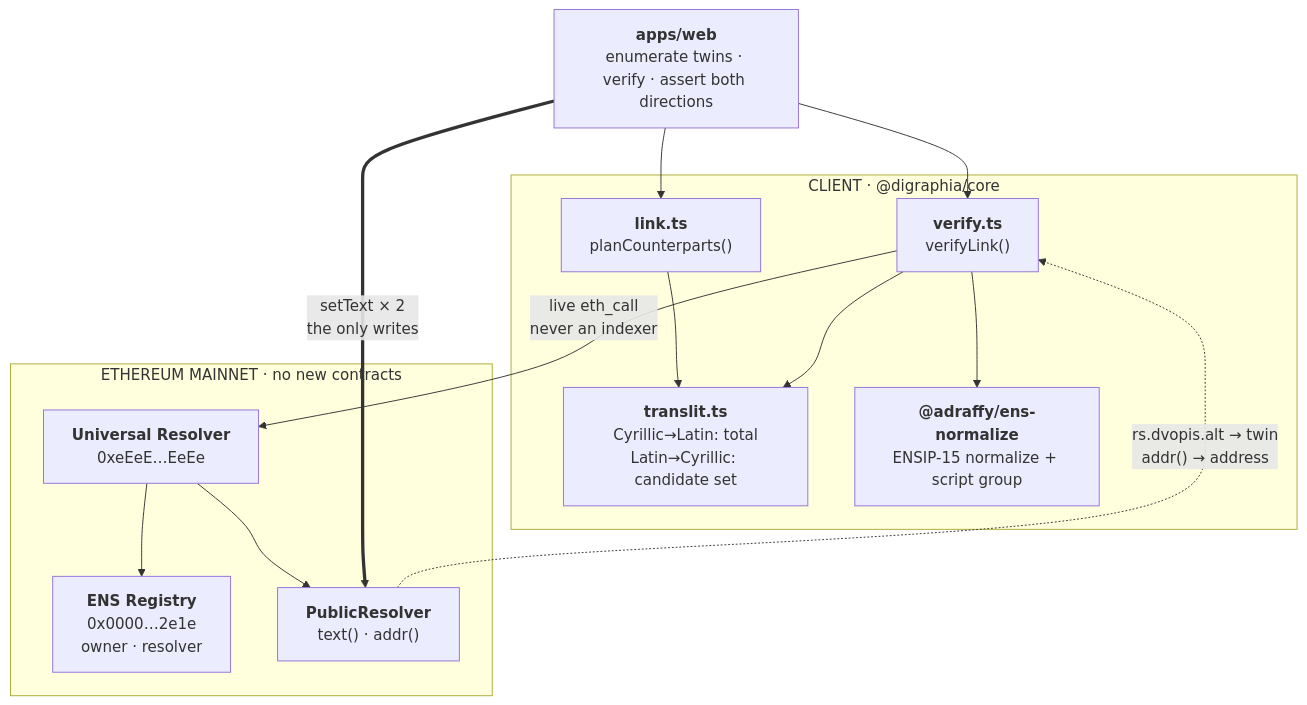
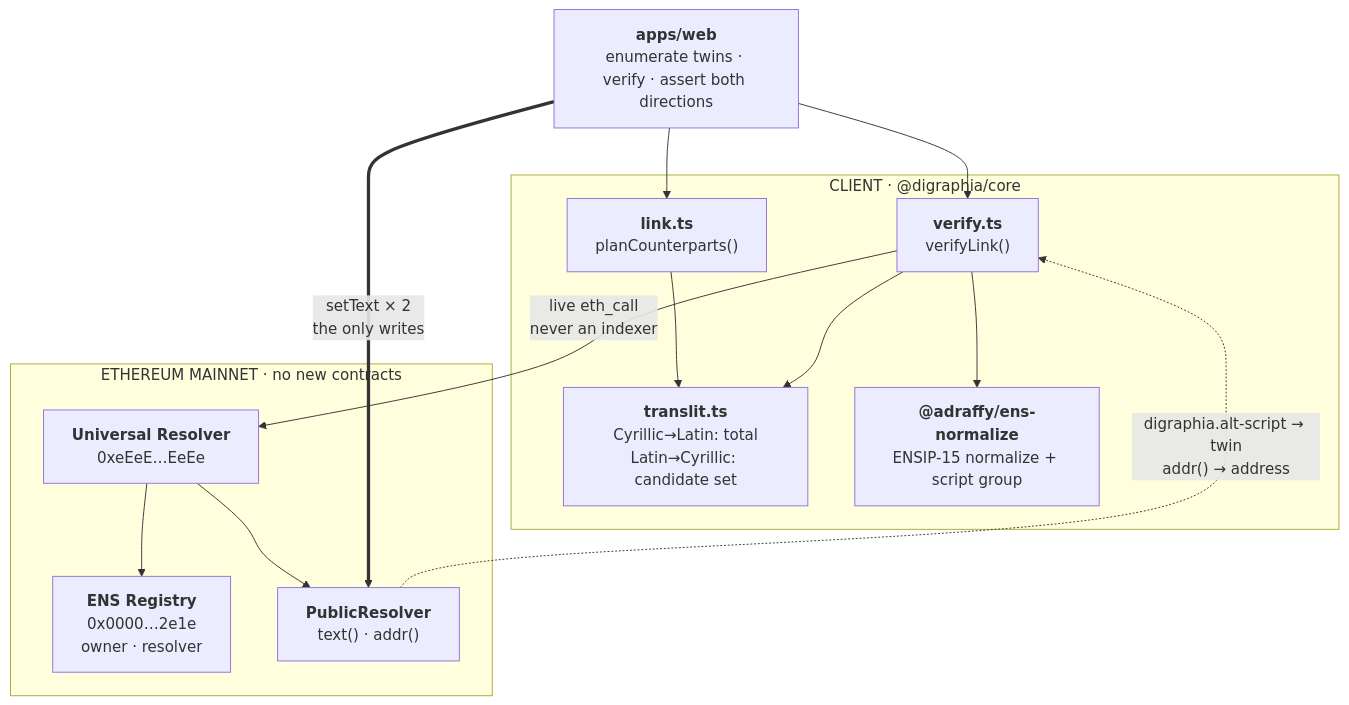
One commit to leohhhn/digraphia changed the first of 2 diagrams in NOTES.md. Above: the diagram before and after it, drawn with Mermaid. The commit also changed other lines of this file and 4 other files, not shown here.

First line of the commit message:
Generalise the record key: rs.dvopis.alt -> digraphia.alt-script

````diff
--- a/NOTES.md
+++ b/NOTES.md
@@ -267,28 +270,28 @@
 ```mermaid
 flowchart TB
     UI["<b>apps/web</b><br/>enumerate twins · verify · assert both directions"]
 
     subgraph client["CLIENT · @digraphia/core"]
         V["<b>verify.ts</b><br/>verifyLink()"]
         L["<b>link.ts</b><br/>planCounterparts()"]
         T["<b>translit.ts</b><br/>Cyrillic→Latin: total<br/>Latin→Cyrillic: candidate set"]
         N["<b>@adraffy/ens-normalize</b><br/>ENSIP-15 normalize + script group"]
     end
 
     subgraph chain["ETHEREUM MAINNET · no new contracts"]
         UR["<b>Universal Resolver</b><br/>0xeEeE…EeEe"]
         REG["<b>ENS Registry</b><br/>0x0000…2e1e<br/>owner · resolver"]
         RES["<b>PublicResolver</b><br/>text() · addr()"]
     end
 
     UI --> V
     UI --> L
     L --> T
     V --> T
     V --> N
     V -->|"live eth_call<br/>never an indexer"| UR
     UR --> REG
     UR --> RES
-    RES -.->|"rs.dvopis.alt → twin<br/>addr() → address"| V
+    RES -.->|"digraphia.alt-script → twin<br/>addr() → address"| V
     UI ==>|"setText × 2<br/>the only writes"| RES
 ```
````
